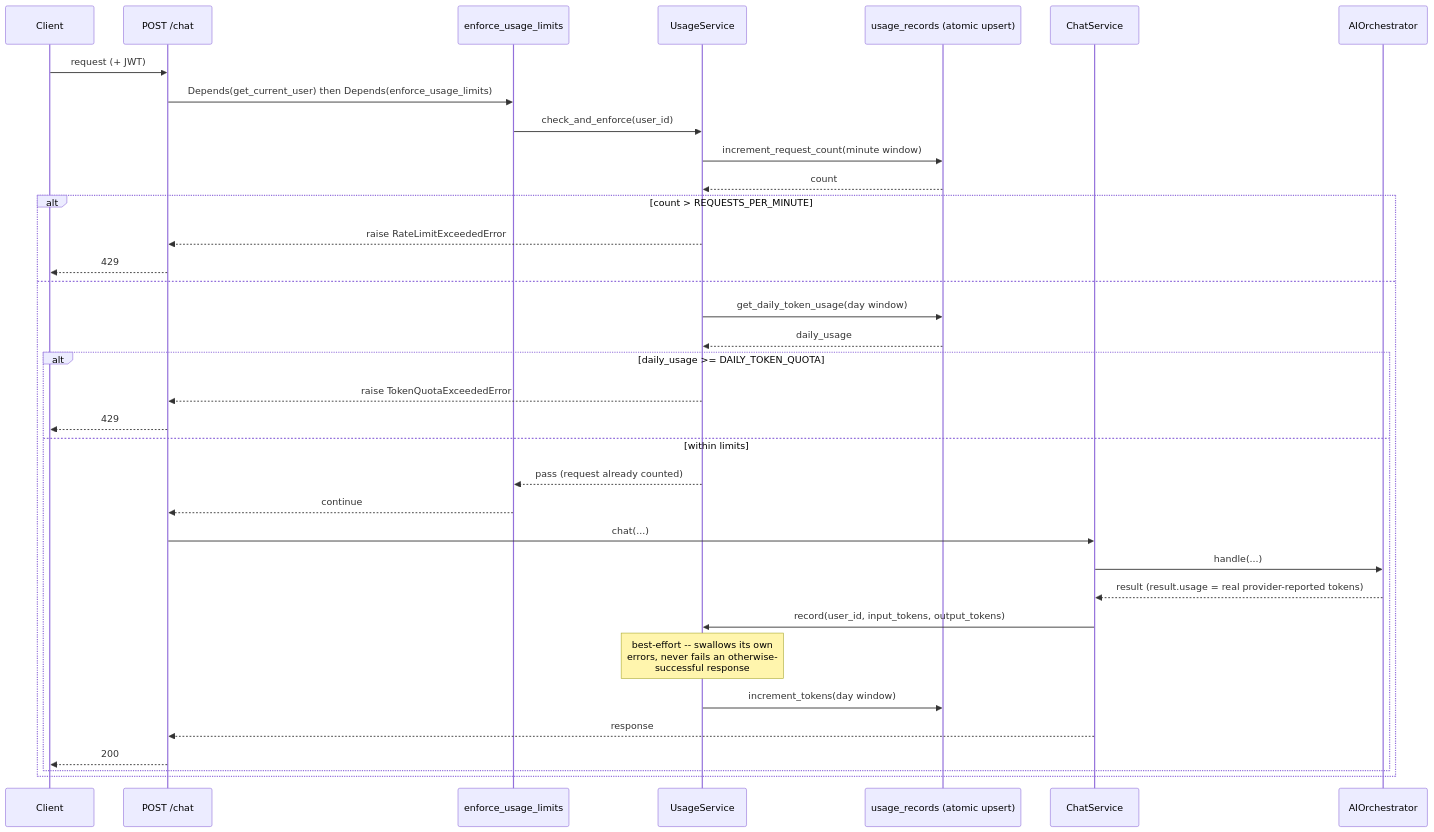
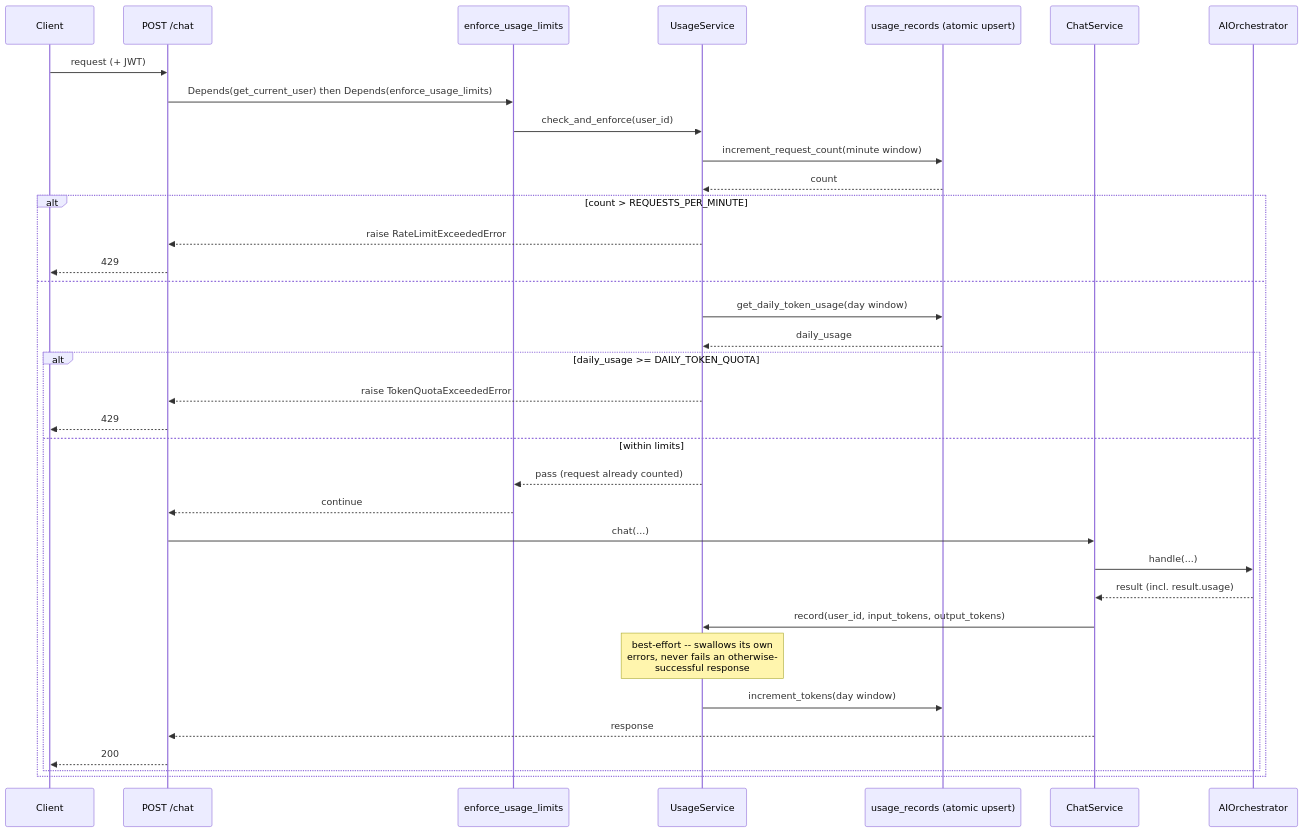
Before and after one commit to bharatkse/juris-ai: the third of 3 diagrams in server/src/agentic/README.md, drawn with Mermaid. The commit also changed other lines of this file and 22 other files, not shown here.

Commit message:
docs: refresh architecture docs and add per-component guides (#58)

````diff
--- a/server/src/agentic/README.md
+++ b/server/src/agentic/README.md
@@ -115,38 +119,38 @@
 ```mermaid
 sequenceDiagram
     participant Client
     participant Endpoint as POST /chat
     participant Dep as enforce_usage_limits
     participant Usage as UsageService
     participant DB as usage_records (atomic upsert)
     participant Chat as ChatService
     participant Orch as AIOrchestrator
 
     Client->>Endpoint: request (+ JWT)
     Endpoint->>Dep: Depends(get_current_user) then Depends(enforce_usage_limits)
     Dep->>Usage: check_and_enforce(user_id)
     Usage->>DB: increment_request_count(minute window)
     DB-->>Usage: count
     alt count > REQUESTS_PER_MINUTE
         Usage-->>Endpoint: raise RateLimitExceededError
         Endpoint-->>Client: 429
     else
         Usage->>DB: get_daily_token_usage(day window)
         DB-->>Usage: daily_usage
         alt daily_usage >= DAILY_TOKEN_QUOTA
             Usage-->>Endpoint: raise TokenQuotaExceededError
             Endpoint-->>Client: 429
         else within limits
             Usage-->>Dep: pass (request already counted)
             Dep-->>Endpoint: continue
             Endpoint->>Chat: chat(...)
             Chat->>Orch: handle(...)
-            Orch-->>Chat: result (result.usage = real provider-reported tokens)
+            Orch-->>Chat: result (incl. result.usage)
             Chat->>Usage: record(user_id, input_tokens, output_tokens)
             Note over Usage: best-effort -- swallows its own<br/>errors, never fails an otherwise-<br/>successful response
             Usage->>DB: increment_tokens(day window)
             Chat-->>Endpoint: response
             Endpoint-->>Client: 200
         end
     end
 ```
````
